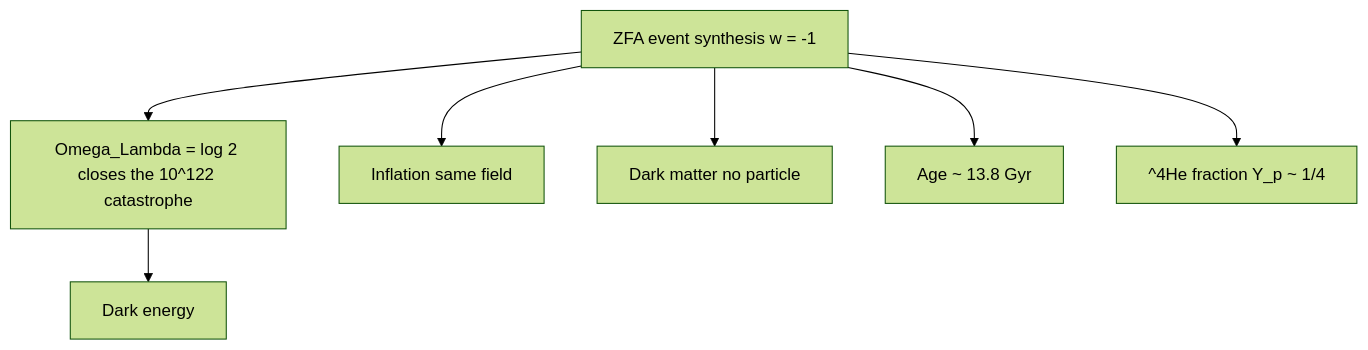
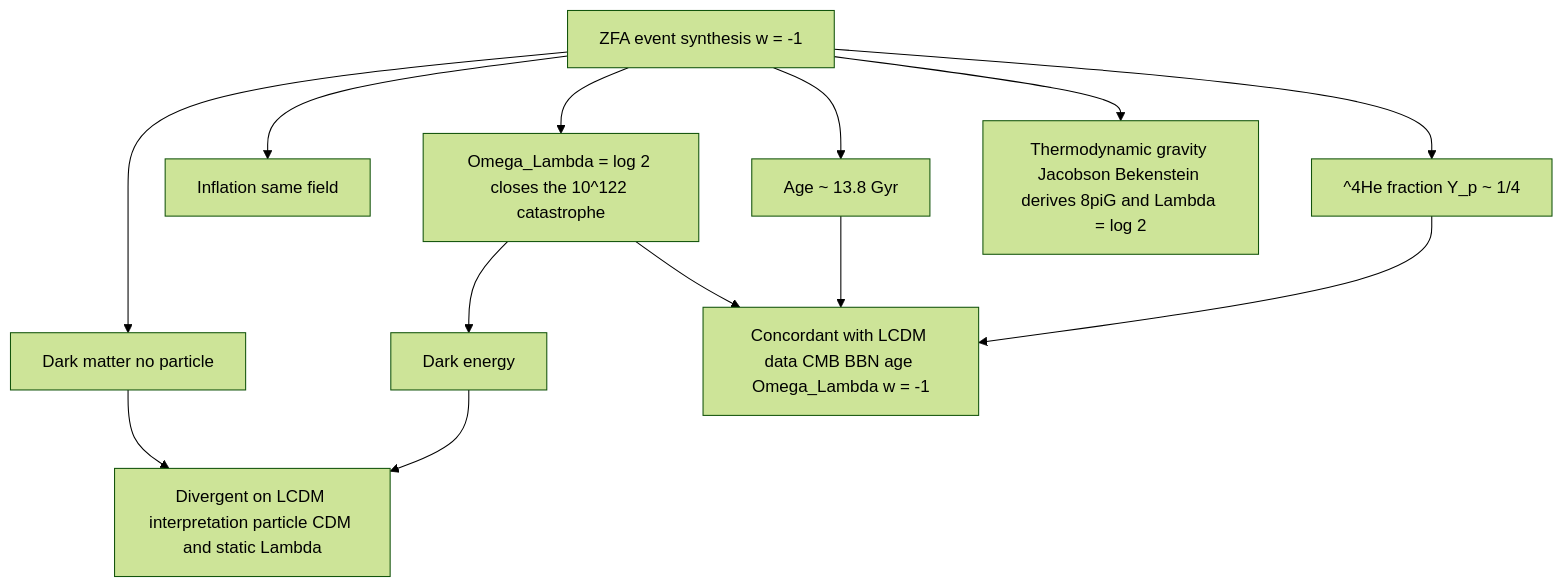
Before and after one commit to jimscarver/quantum-logical-framework: the seventh of 11 diagrams in tools/flowchart_source.md, drawn with Mermaid (forest theme). The commit also changed other lines of this file and 2 other files, not shown here.

Commit message:
FlowChart §6: add the accepted-cosmology convergence ledger
Extend the Cosmology diagram with three nodes — Concordant (LCDM observational core:
CMB/BBN/age/Omega_Lambda/w=-1), Divergent (the two interpretive pillars: particle CDM,
static Lambda), Thermodynamic gravity (Jacobson/Bekenstein -> derives 8piG + Lambda=log2)
— plus a prose ledger paragraph and a cross-link to Mysteries_Of_Physics.md §3a. Extends
the existing §6 block (no new mermaid block, so clickmap indices unchanged); rebuilt
FlowChart.html + FlowChart.md. Docs/tooling-only.

````diff
--- a/tools/flowchart_source.md
+++ b/tools/flowchart_source.md
@@ -157,10 +157,16 @@
 ```mermaid
 flowchart TD
   EV["ZFA event synthesis w = -1"]
   EV --> OL["Omega_Lambda = log 2 closes the 10^122 catastrophe"]
   EV --> IN["Inflation same field"]
   EV --> DM["Dark matter no particle"]
   OL --> DE["Dark energy"]
   EV --> AGE["Age ~ 13.8 Gyr"]
   EV --> NS["^4He fraction Y_p ~ 1/4"]
+  OL --> CORE["Concordant with LCDM data CMB BBN age Omega_Lambda w = -1"]
+  AGE --> CORE
+  NS --> CORE
+  DM --> DIV["Divergent on LCDM interpretation particle CDM and static Lambda"]
+  DE --> DIV
+  EV --> TG["Thermodynamic gravity Jacobson Bekenstein derives 8piG and Lambda = log 2"]
 ```
````
